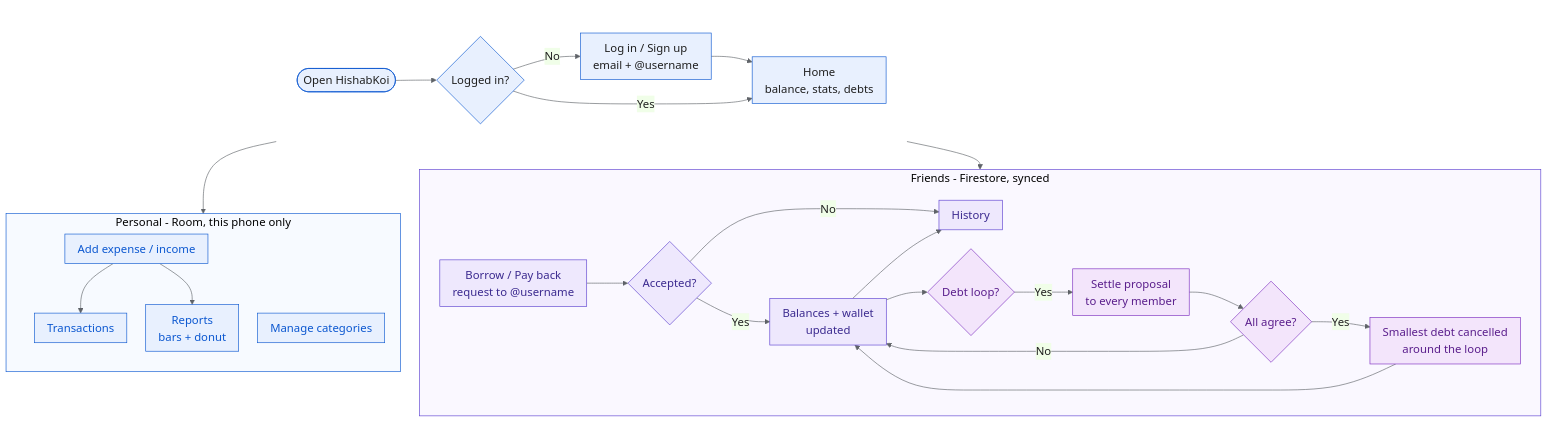
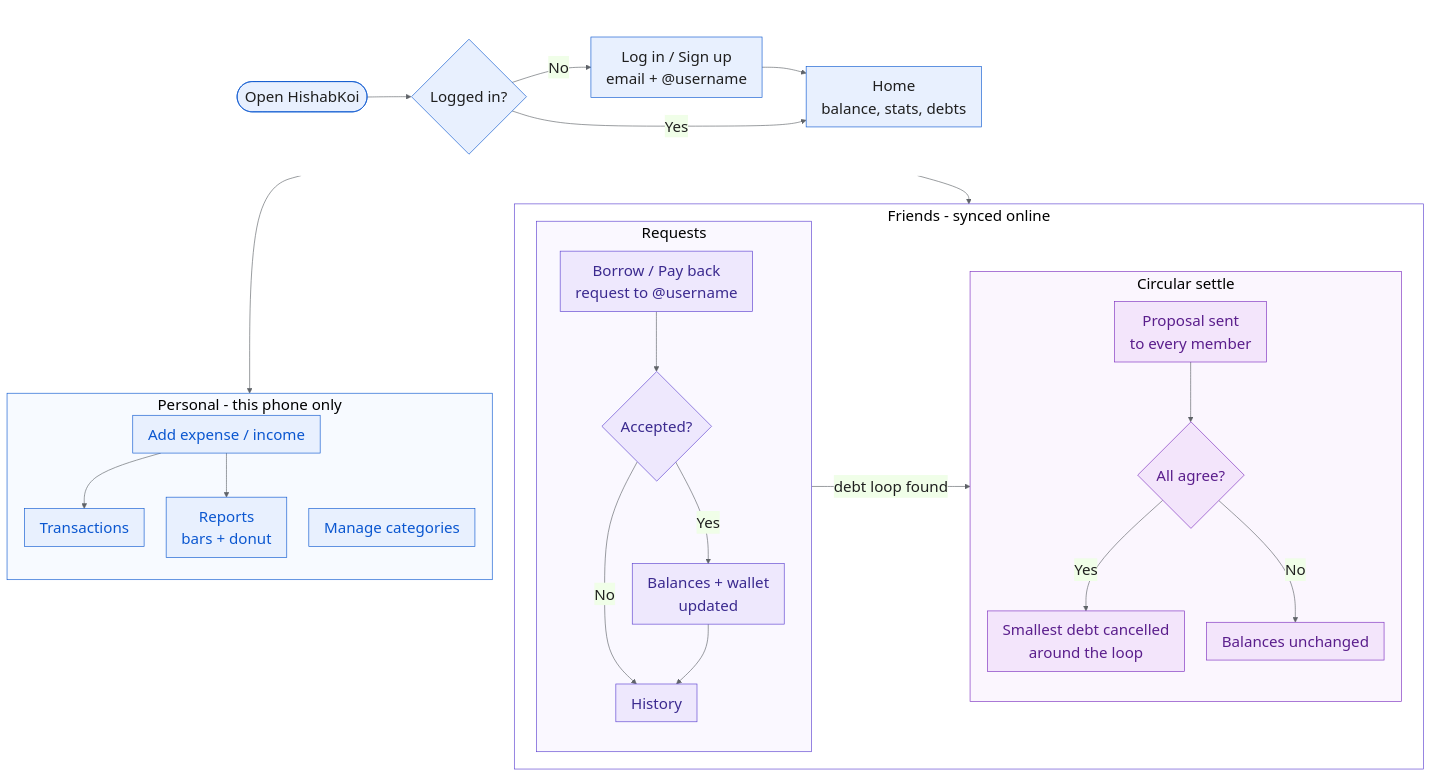
One commit to Mahin7773/HishabKoi changed the diagram in docs/flowchart.mmd. Above: the diagram before and after it, drawn with Mermaid. The commit also changed other lines of this file and 1 other file, not shown here.

Commit message:
Rebalance flowchart layout and enlarge text

```diff
--- a/docs/flowchart.mmd
+++ b/docs/flowchart.mmd
@@ -1,43 +1,51 @@
-%%{init: {'theme':'base','themeVariables':{'primaryColor':'#E8F0FE','primaryBorderColor':'#0B57D0','primaryTextColor':'#1F1F1F','lineColor':'#5F6368','fontFamily':'Segoe UI, Arial','fontSize':'18px'}, 'flowchart':{'wrappingWidth':200,'nodeSpacing':30,'rankSpacing':40,'padding':10}}}%%
+%%{init: {'theme':'base','themeVariables':{'primaryColor':'#E8F0FE','primaryBorderColor':'#0B57D0','primaryTextColor':'#1F1F1F','lineColor':'#5F6368','fontFamily':'Segoe UI, Arial','fontSize':'24px'}, 'flowchart':{'wrappingWidth':300,'nodeSpacing':35,'rankSpacing':45,'padding':12}}}%%
 flowchart TD
     subgraph S [" "]
         direction LR
         A([Open HishabKoi]) --> B{Logged in?}
         B -- No --> C[Log in / Sign up<br/>email + @username]
         C --> D
         B -- Yes --> D[Home<br/>balance, stats, debts]
     end
 
     S --> PS
-    S --> FS
+    S --> W
 
-    subgraph PS [Personal - Room, this phone only]
+    subgraph PS [Personal - this phone only]
         direction TB
         P1[Add expense / income] --> P2[Transactions]
         P1 --> P3[Reports<br/>bars + donut]
-        P4[Manage categories]
+        P1 ~~~ P4[Manage categories]
     end
 
-    subgraph FS [Friends - Firestore, synced]
-        direction LR
+    subgraph W [Friends - synced online]
+    direction LR
+    subgraph FS [Requests]
+        direction TB
         F1[Borrow / Pay back<br/>request to @username] --> F2{Accepted?}
         F2 -- No --> F5[History]
         F2 -- Yes --> F3[Balances + wallet<br/>updated]
         F3 --> F5
-        F3 --> L{Debt loop?}
-        L -- Yes --> L1[Settle proposal<br/>to every member]
-        L1 --> L2{All agree?}
+    end
+
+    FS -- debt loop found --> LP
+
+    subgraph LP [Circular settle]
+        direction TB
+        L1[Proposal sent<br/>to every member] --> L2{All agree?}
         L2 -- Yes --> L3[Smallest debt cancelled<br/>around the loop]
-        L3 --> F3
-        L2 -- No --> F3
+        L2 -- No --> L4[Balances unchanged]
+    end
     end
 
     classDef personal fill:#E8F0FE,stroke:#0B57D0,color:#0B57D0
     classDef friends fill:#EEE8FD,stroke:#5B3FD0,color:#3B2A8F
     classDef loop fill:#F3E5FB,stroke:#7B2CBF,color:#5A1E8C
     class P1,P2,P3,P4 personal
     class F1,F2,F3,F5 friends
-    class L,L1,L2,L3 loop
+    class L1,L2,L3,L4 loop
+    style W fill:#FFFFFF,stroke:#5B3FD0
     style S fill:#FFFFFF,stroke:#FFFFFF
     style PS fill:#F7FAFF,stroke:#0B57D0
     style FS fill:#FAF8FF,stroke:#5B3FD0
+    style LP fill:#FBF6FE,stroke:#7B2CBF
```
